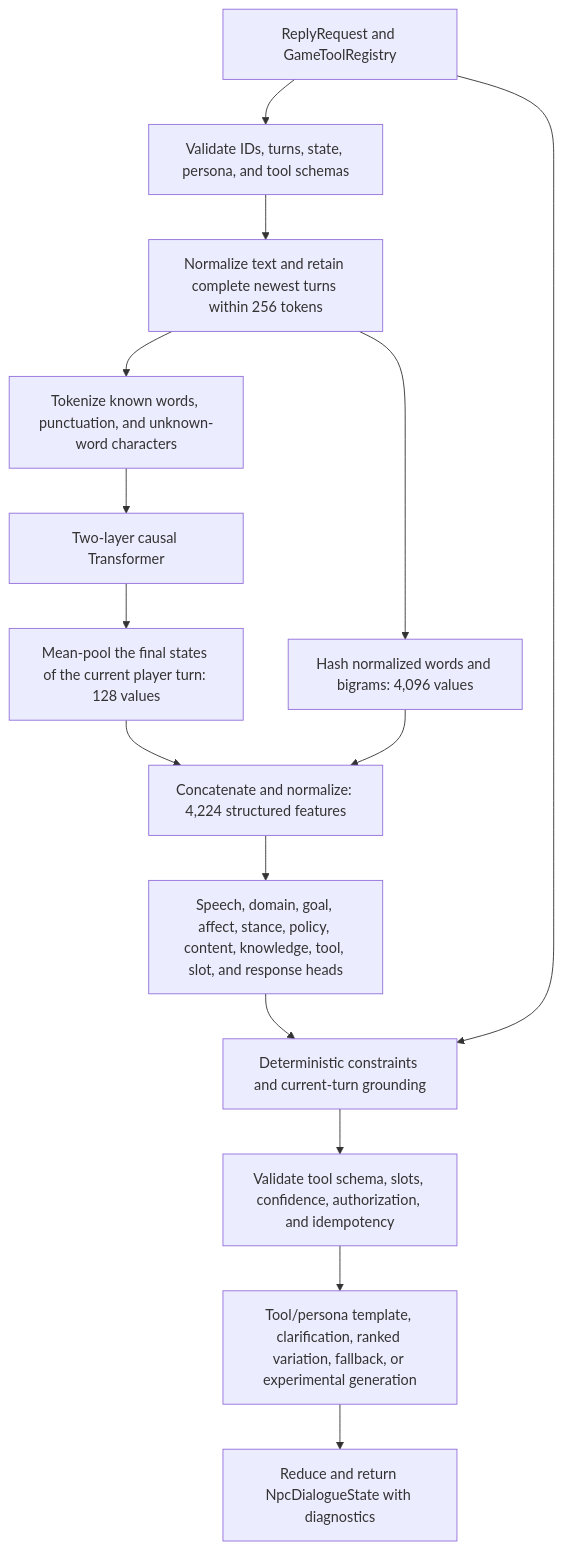
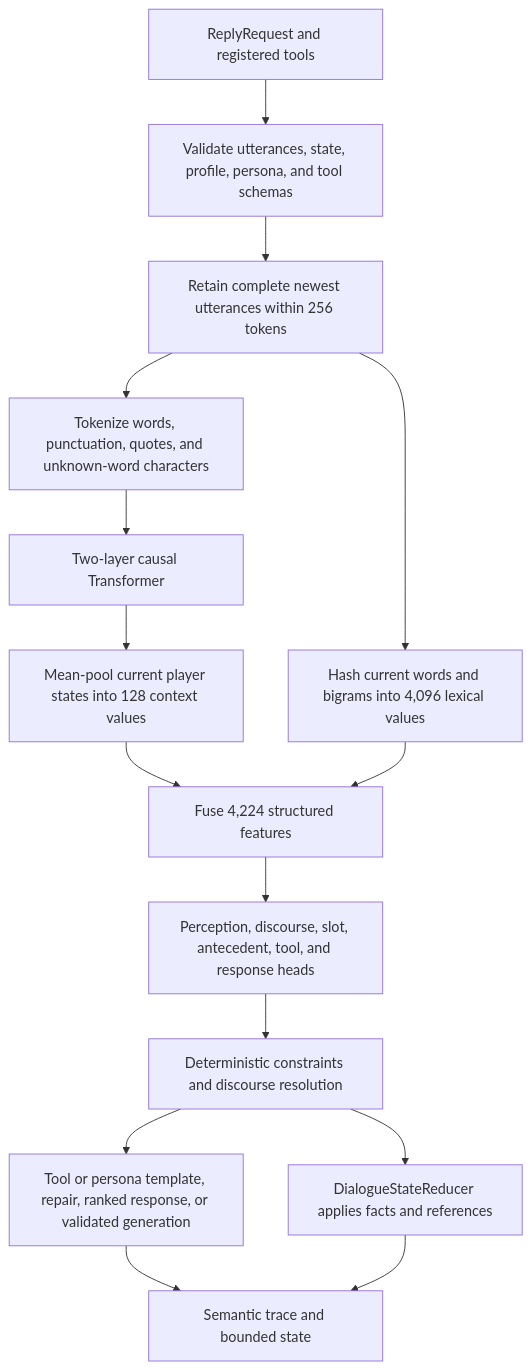
The diagram in AI_MODEL.md (sbarisic/Fishbrain), drawn with Mermaid before and after one commit. The commit also changed other lines of this file and 49 other files, not shown here.

````diff
--- a/AI_MODEL.md
+++ b/AI_MODEL.md
@@ -57,17 +63,17 @@
 ```mermaid
 flowchart TD
-    A["ReplyRequest and GameToolRegistry"] --> B["Validate IDs, turns, state, persona, and tool schemas"]
-    B --> C["Normalize text and retain complete newest turns within 256 tokens"]
-    C --> D["Tokenize known words, punctuation, and unknown-word characters"]
+    A["ReplyRequest and registered tools"] --> B["Validate utterances, state, profile, persona, and tool schemas"]
+    B --> C["Retain complete newest utterances within 256 tokens"]
+    C --> D["Tokenize words, punctuation, quotes, and unknown-word characters"]
     D --> E["Two-layer causal Transformer"]
-    E --> F["Mean-pool the final states of the current player turn: 128 values"]
-    C --> G["Hash normalized words and bigrams: 4,096 values"]
-    F --> H["Concatenate and normalize: 4,224 structured features"]
+    E --> F["Mean-pool current player states into 128 context values"]
+    C --> G["Hash current words and bigrams into 4,096 lexical values"]
+    F --> H["Fuse 4,224 structured features"]
     G --> H
-    H --> I["Speech, domain, goal, affect, stance, policy, content, knowledge, tool, slot, and response heads"]
-    I --> J["Deterministic constraints and current-turn grounding"]
-    A --> J
-    J --> K["Validate tool schema, slots, confidence, authorization, and idempotency"]
-    K --> L["Tool/persona template, clarification, ranked variation, fallback, or experimental generation"]
-    L --> M["Reduce and return NpcDialogueState with diagnostics"]
+    H --> I["Perception, discourse, slot, antecedent, tool, and response heads"]
+    I --> J["Deterministic constraints and discourse resolution"]
+    J --> K["DialogueStateReducer applies facts and references"]
+    J --> L["Tool or persona template, repair, ranked response, or validated generation"]
+    L --> M["Semantic trace and bounded state"]
+    K --> M
 ```
````
